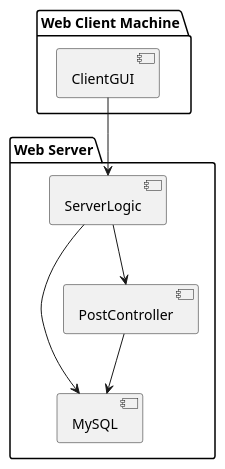
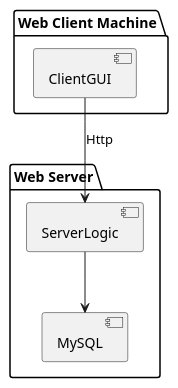
Before and after one commit to Alexpechonov/my_website: the diagram in Diagrams/Component.puml, drawn with PlantUML. The commit also changed 3 other files, not shown here.

Commit message:
Update diagrams

```diff
--- a/Diagrams/Component.puml
+++ b/Diagrams/Component.puml
@@ -1,17 +1,14 @@
 @startuml
 
 package "Web Client Machine" {
 [ClientGUI]
 }
 
 package "Web Server" {
 [ServerLogic]
 [MySQL]
-[PostController]
 }
 
-[ClientGUI] --> [ServerLogic]
-[ServerLogic] --> [PostController]
+[ClientGUI] --> [ServerLogic] : Http
 [ServerLogic] --> [MySQL]
-[PostController] --> [MySQL]
 @enduml
```
